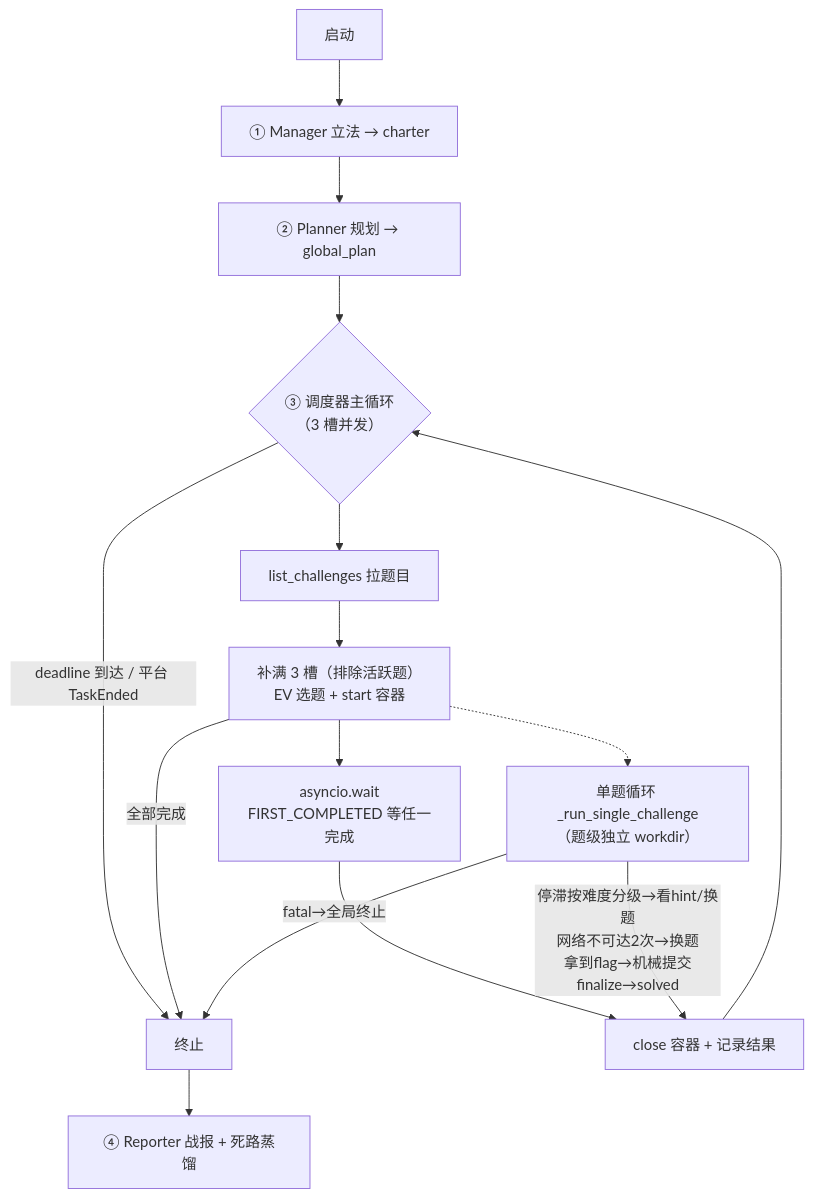
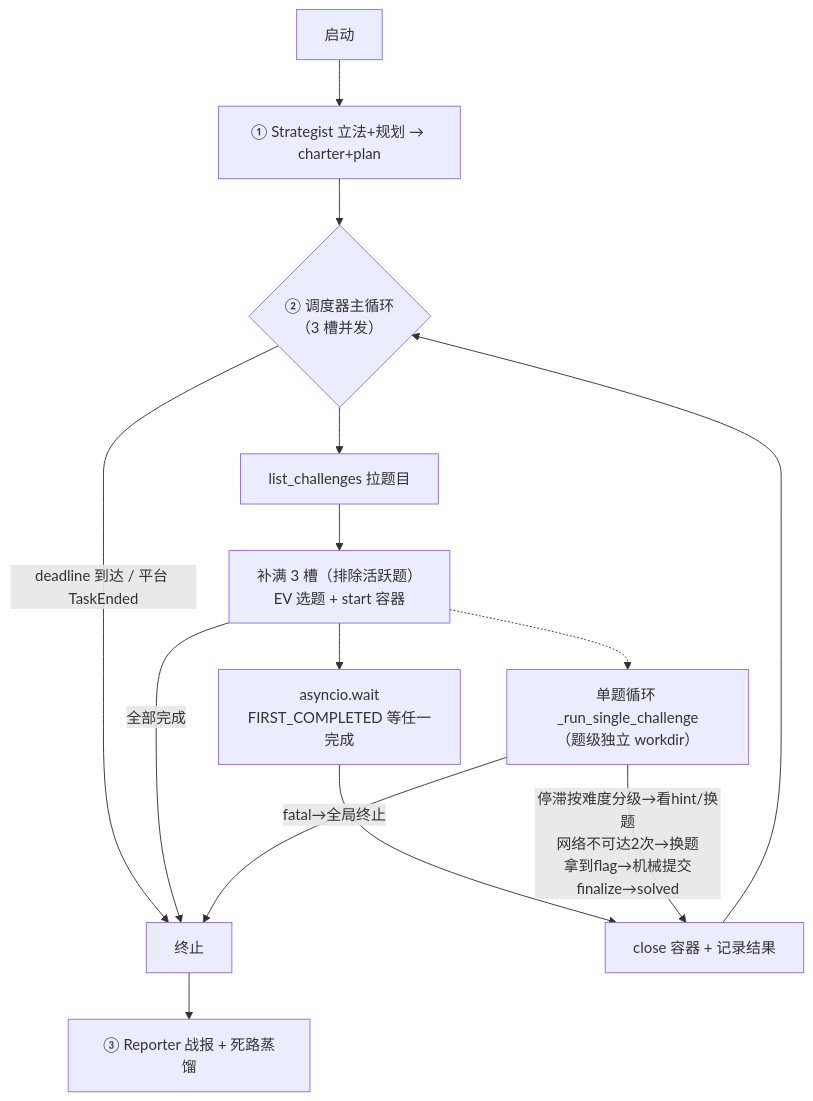
The third of 4 diagrams in README.md (honysyang/secai), drawn with Mermaid before and after one commit. The commit also changed other lines of this file and 1 other file, not shown here.

````diff
--- a/README.md
+++ b/README.md
@@ -299,20 +297,19 @@
 ```mermaid
 flowchart TD
-    START["启动"] --> LEGISLATE["① Manager 立法 → charter"]
-    LEGISLATE --> PLAN["② Planner 规划 → global_plan"]
-    PLAN --> LOOP{"③ 调度器主循环<br/>（3 槽并发）"}
+    START["启动"] --> LEGISLATE["① Strategist 立法+规划 → charter+plan"]
+    LEGISLATE --> LOOP{"② 调度器主循环<br/>（3 槽并发）"}
 
     LOOP -->|"deadline 到达 / 平台 TaskEnded"| END["终止"]
     LOOP --> LIST["list_challenges 拉题目"]
     LIST --> FILL["补满 3 槽（排除活跃题）<br/>EV 选题 + start 容器"]
     FILL -->|全部完成| END
     FILL --> WAIT["asyncio.wait<br/>FIRST_COMPLETED 等任一完成"]
     WAIT --> DONE["close 容器 + 记录结果"]
     DONE --> LOOP
 
     FILL -.-> SINGLE["单题循环 _run_single_challenge<br/>（题级独立 workdir）"]
     SINGLE -->|"停滞按难度分级→看hint/换题<br/>网络不可达2次→换题<br/>拿到flag→机械提交<br/>finalize→solved"| DONE
     SINGLE -->|"fatal→全局终止"| END
 
-    END --> REPORT["④ Reporter 战报 + 死路蒸馏"]
+    END --> REPORT["③ Reporter 战报 + 死路蒸馏"]
 ```
````
